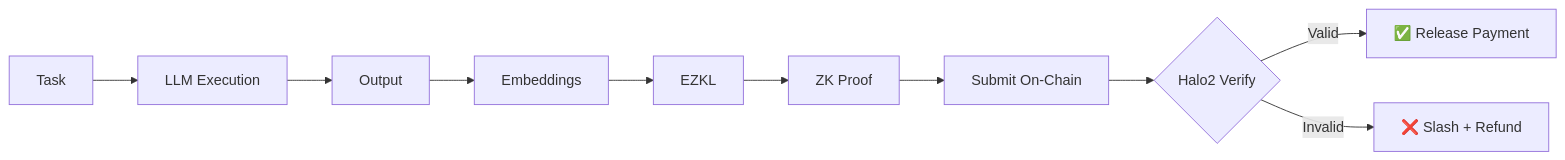
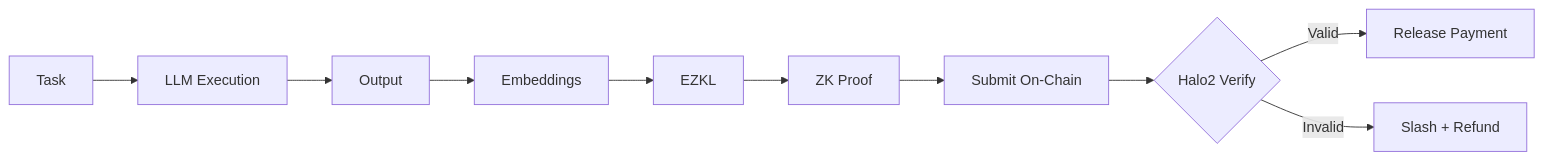
One commit to TheOnlyOne001/Mosaic-Protocol changed the fourth of 4 diagrams in README.md. Above: the diagram before and after it, drawn with Mermaid. The commit also changed other lines of this file and 1 other file, not shown here.

````diff
--- a/README.md
+++ b/README.md
@@ -115,9 +115,9 @@
 ```mermaid
 flowchart LR
     Task[Task] --> LLM[LLM Execution] --> Output[Output]
     Output --> Embed[Embeddings] --> EZKL[EZKL] --> Proof[ZK Proof]
     Proof --> Submit[Submit On-Chain]
     Submit --> Verify{Halo2 Verify}
-    Verify -->|Valid| Pay[✅ Release Payment]
-    Verify -->|Invalid| Slash[❌ Slash + Refund]
+    Verify -->|Valid| Pay[Release Payment]
+    Verify -->|Invalid| Slash[Slash + Refund]
 ```
````
